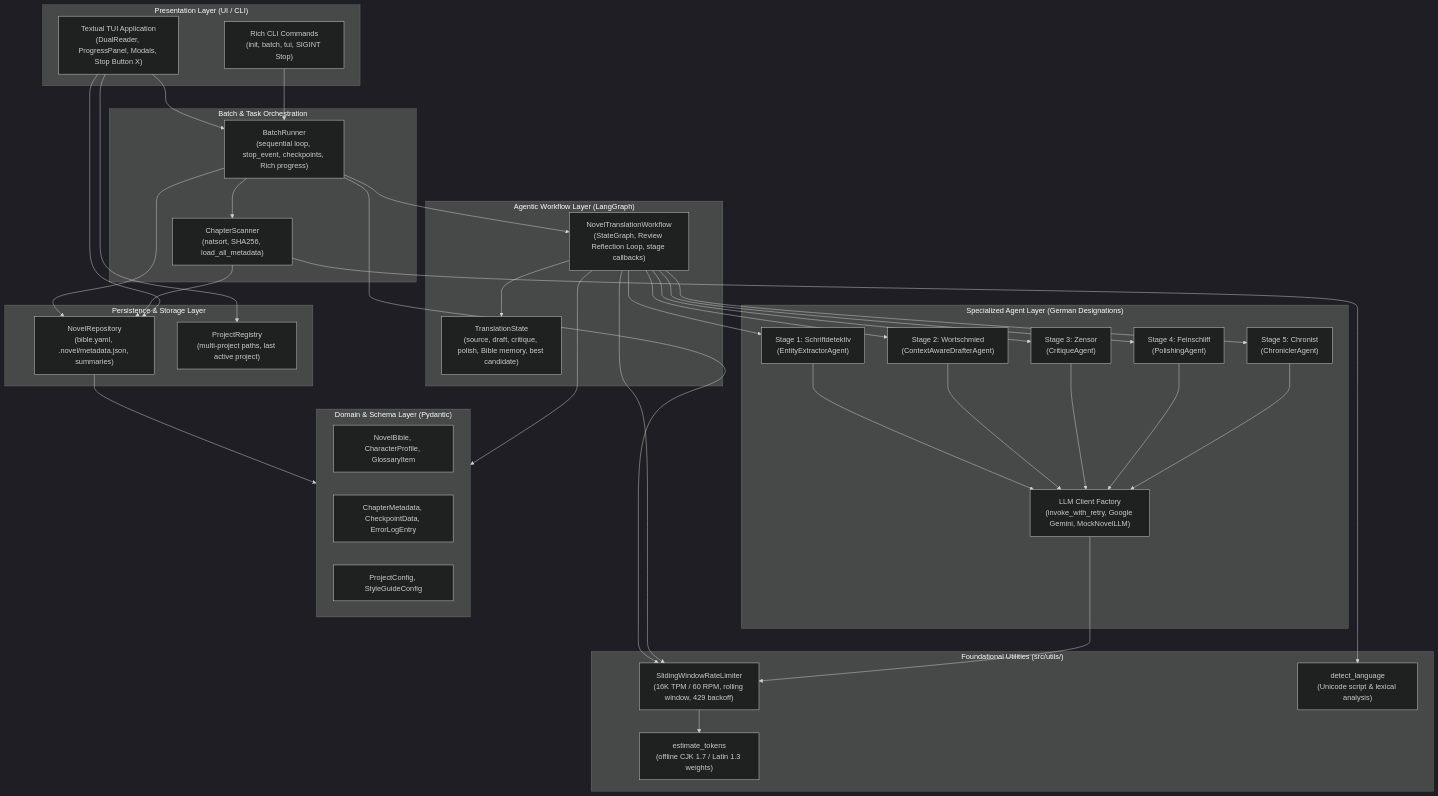
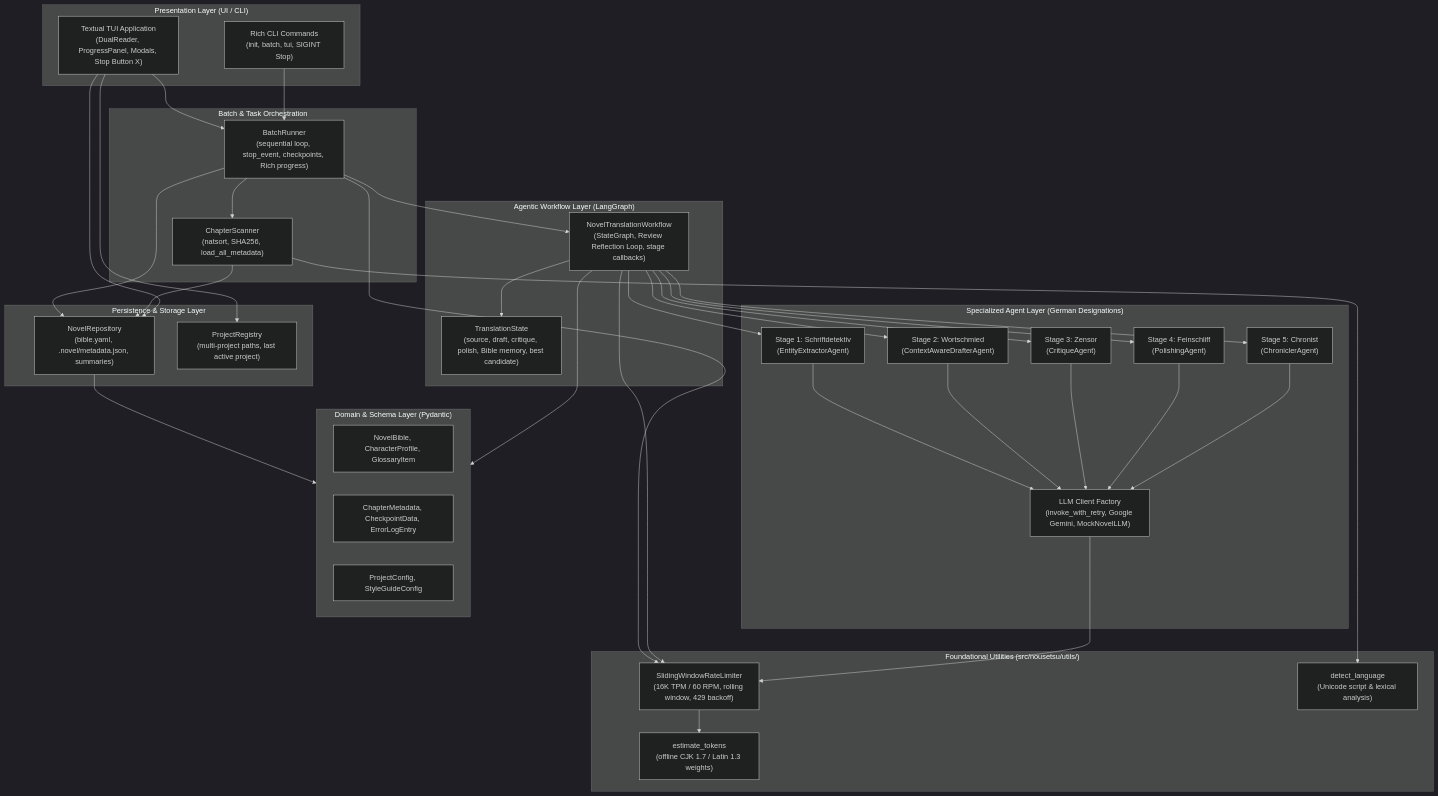
The first of 2 diagrams in doc/architecture.md (Checkmartyr/NouSetsu), drawn with Mermaid (dark theme) before and after one commit. The commit also changed other lines of this file and 113 other files, not shown here.

````diff
--- a/doc/architecture.md
+++ b/doc/architecture.md
@@ -9,71 +9,71 @@
 ```mermaid
 graph TD
     subgraph Presentation_Layer ["Presentation Layer (UI / CLI)"]
         TUI["Textual TUI Application<br/>(DualReader, ProgressPanel, Modals, Stop Button X)"]
         CLI["Rich CLI Commands<br/>(init, batch, tui, SIGINT Stop)"]
     end
 
     subgraph Batch_Orchestration ["Batch & Task Orchestration"]
         Scanner["ChapterScanner<br/>(natsort, SHA256, load_all_metadata)"]
         Runner["BatchRunner<br/>(sequential loop, stop_event, checkpoints, Rich progress)"]
     end
 
     subgraph Workflow_Layer ["Agentic Workflow Layer (LangGraph)"]
         Workflow["NovelTranslationWorkflow<br/>(StateGraph, Review Reflection Loop, stage callbacks)"]
         State["TranslationState<br/>(source, draft, critique, polish, Bible memory, best candidate)"]
     end
 
     subgraph Agent_Layer ["Specialized Agent Layer (German Designations)"]
         Extractor["Stage 1: Schriftdetektiv<br/>(EntityExtractorAgent)"]
         Drafter["Stage 2: Wortschmied<br/>(ContextAwareDrafterAgent)"]
         Critic["Stage 3: Zensor<br/>(CritiqueAgent)"]
         Polisher["Stage 4: Feinschliff<br/>(PolishingAgent)"]
         Chronicler["Stage 5: Chronist<br/>(ChroniclerAgent)"]
         LLM["LLM Client Factory<br/>(invoke_with_retry, Google Gemini, MockNovelLLM)"]
     end
 
-    subgraph Utility_Layer ["Foundational Utilities (src/utils/)"]
+    subgraph Utility_Layer ["Foundational Utilities (src/nousetsu/utils/)"]
         RateLimiter["SlidingWindowRateLimiter<br/>(16K TPM / 60 RPM, rolling window, 429 backoff)"]
         TokenEstimator["estimate_tokens<br/>(offline CJK 1.7 / Latin 1.3 weights)"]
         LangDetector["detect_language<br/>(Unicode script & lexical analysis)"]
     end
 
     subgraph Storage_Layer ["Persistence & Storage Layer"]
         Repo["NovelRepository<br/>(bible.yaml, .novel/metadata.json, summaries)"]
         Registry["ProjectRegistry<br/>(multi-project paths, last active project)"]
     end
 
     subgraph Domain_Models ["Domain & Schema Layer (Pydantic)"]
         M_Bible["NovelBible, CharacterProfile, GlossaryItem"]
         M_Meta["ChapterMetadata, CheckpointData, ErrorLogEntry"]
         M_Config["ProjectConfig, StyleGuideConfig"]
     end
 
     %% Dependencies
     TUI --> Runner
     CLI --> Runner
     Runner --> Scanner
     Runner --> Workflow
     Scanner --> LangDetector
     Runner --> RateLimiter
     Workflow --> State
     Workflow --> Extractor
     Workflow --> Drafter
     Workflow --> Critic
     Workflow --> Polisher
     Workflow --> Chronicler
     Workflow --> RateLimiter
     RateLimiter --> TokenEstimator
     Extractor --> LLM
     Drafter --> LLM
     Critic --> LLM
     Polisher --> LLM
     Chronicler --> LLM
     LLM --> RateLimiter
     Runner --> Repo
     Scanner --> Repo
     TUI --> Registry
     TUI --> Repo
     Repo --> Domain_Models
     Workflow --> Domain_Models
 ```
````
